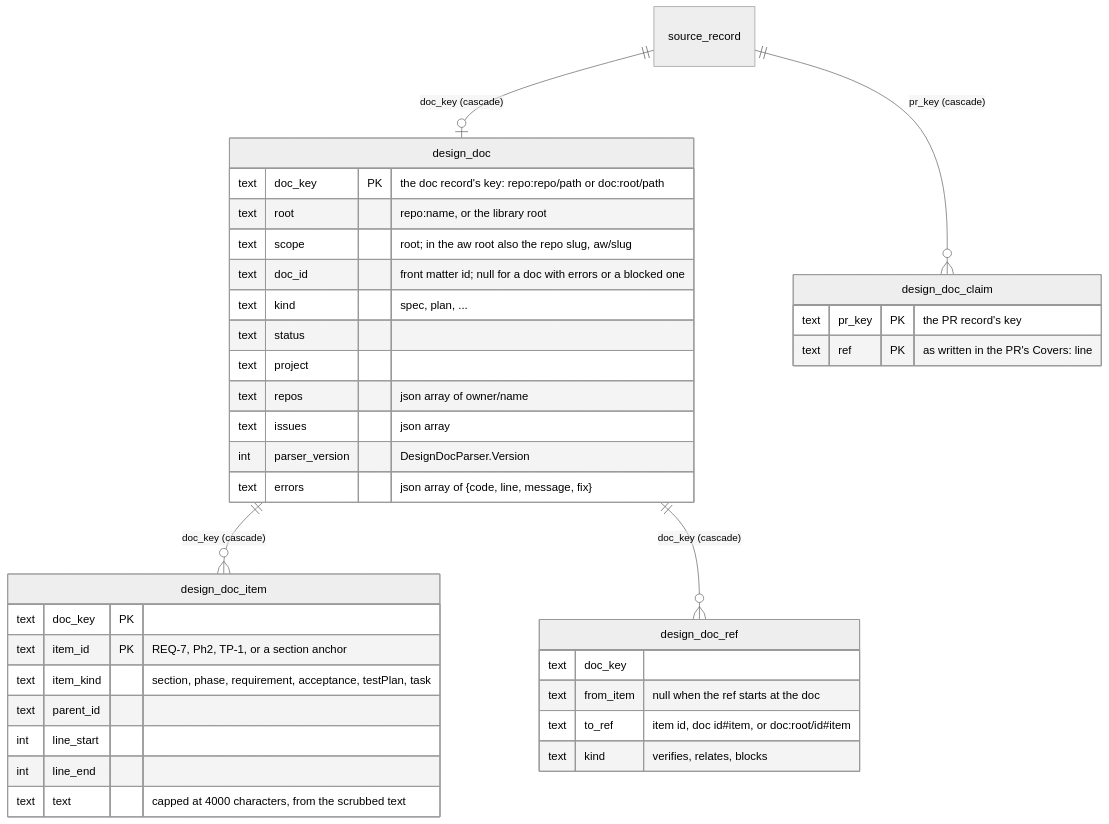
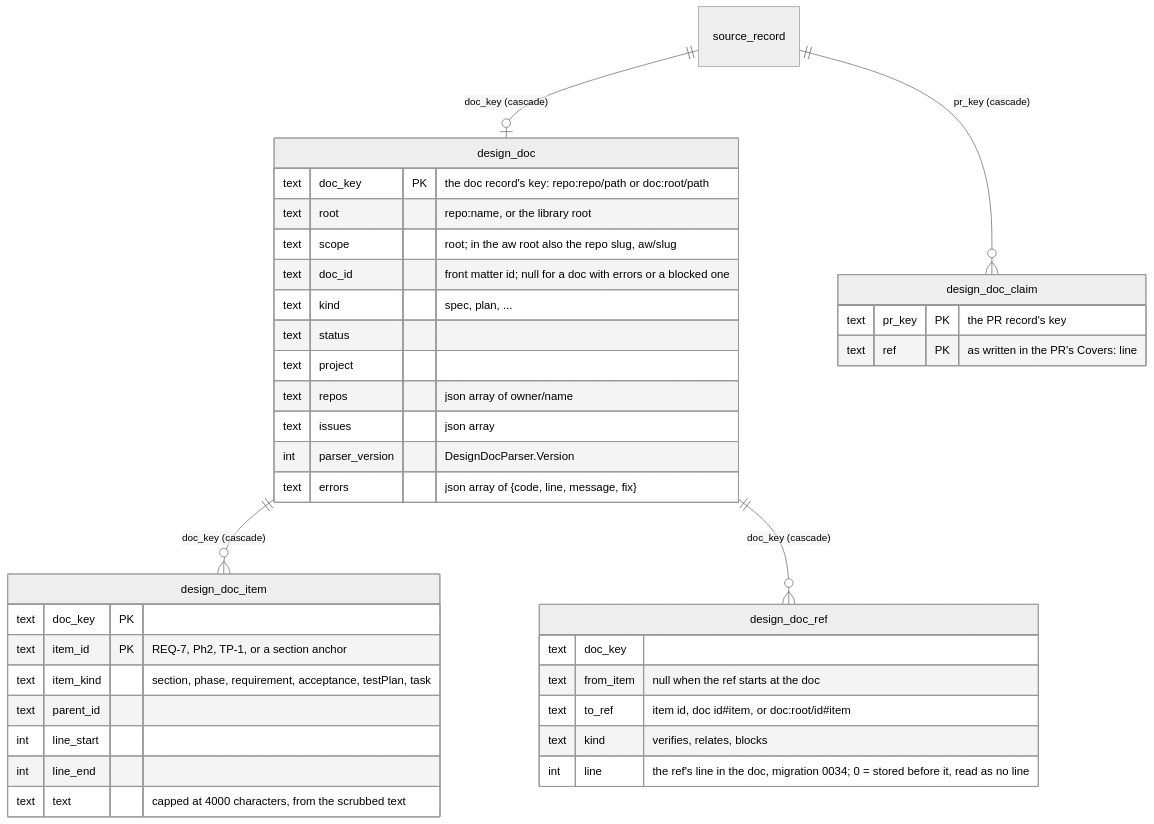
The second of 3 diagrams in planning/ERD.md (jthorare/agentic-workflow), drawn with Mermaid (neutral theme) before and after one commit. The commit also changed other lines of this file and 10 other files, not shown here.

First line of the commit message:
fix: store a doc ref's line so the library read's SND-LIB-015 names the real one (Part of #2189)

````diff
--- a/planning/ERD.md
+++ b/planning/ERD.md
@@ -98,39 +98,40 @@
 ```mermaid
 erDiagram
     source_record ||--o| design_doc : "doc_key (cascade)"
     design_doc ||--o{ design_doc_item : "doc_key (cascade)"
     design_doc ||--o{ design_doc_ref : "doc_key (cascade)"
     source_record ||--o{ design_doc_claim : "pr_key (cascade)"
     design_doc {
         text doc_key PK "the doc record's key: repo:repo/path or doc:root/path"
         text root "repo:name, or the library root"
         text scope "root; in the aw root also the repo slug, aw/slug"
         text doc_id "front matter id; null for a doc with errors or a blocked one"
         text kind "spec, plan, ..."
         text status
         text project
         text repos "json array of owner/name"
         text issues "json array"
         int parser_version "DesignDocParser.Version"
         text errors "json array of {code, line, message, fix}"
     }
     design_doc_item {
         text doc_key PK
         text item_id PK "REQ-7, Ph2, TP-1, or a section anchor"
         text item_kind "section, phase, requirement, acceptance, testPlan, task"
         text parent_id
         int line_start
         int line_end
         text text "capped at 4000 characters, from the scrubbed text"
     }
     design_doc_ref {
         text doc_key
         text from_item "null when the ref starts at the doc"
         text to_ref "item id, doc id#item, or doc:root/id#item"
         text kind "verifies, relates, blocks"
+        int line "the ref's line in the doc, migration 0034; 0 = stored before it, read as no line"
     }
     design_doc_claim {
         text pr_key PK "the PR record's key"
         text ref PK "as written in the PR's Covers: line"
     }
 ```
````
